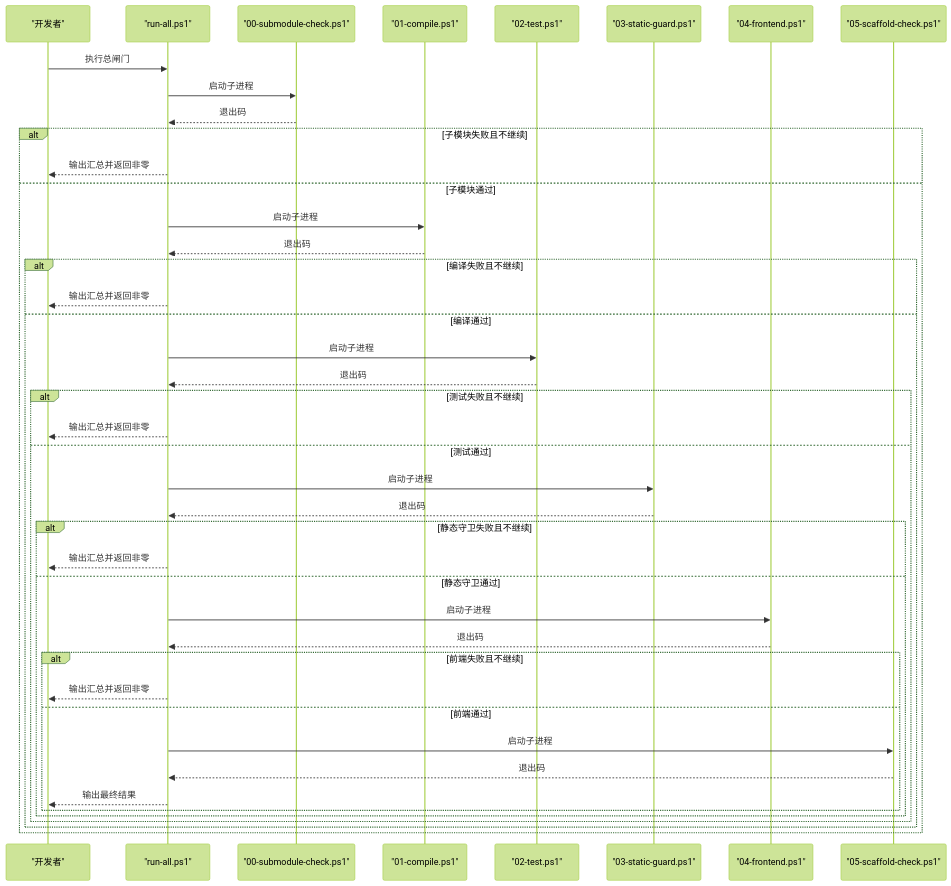
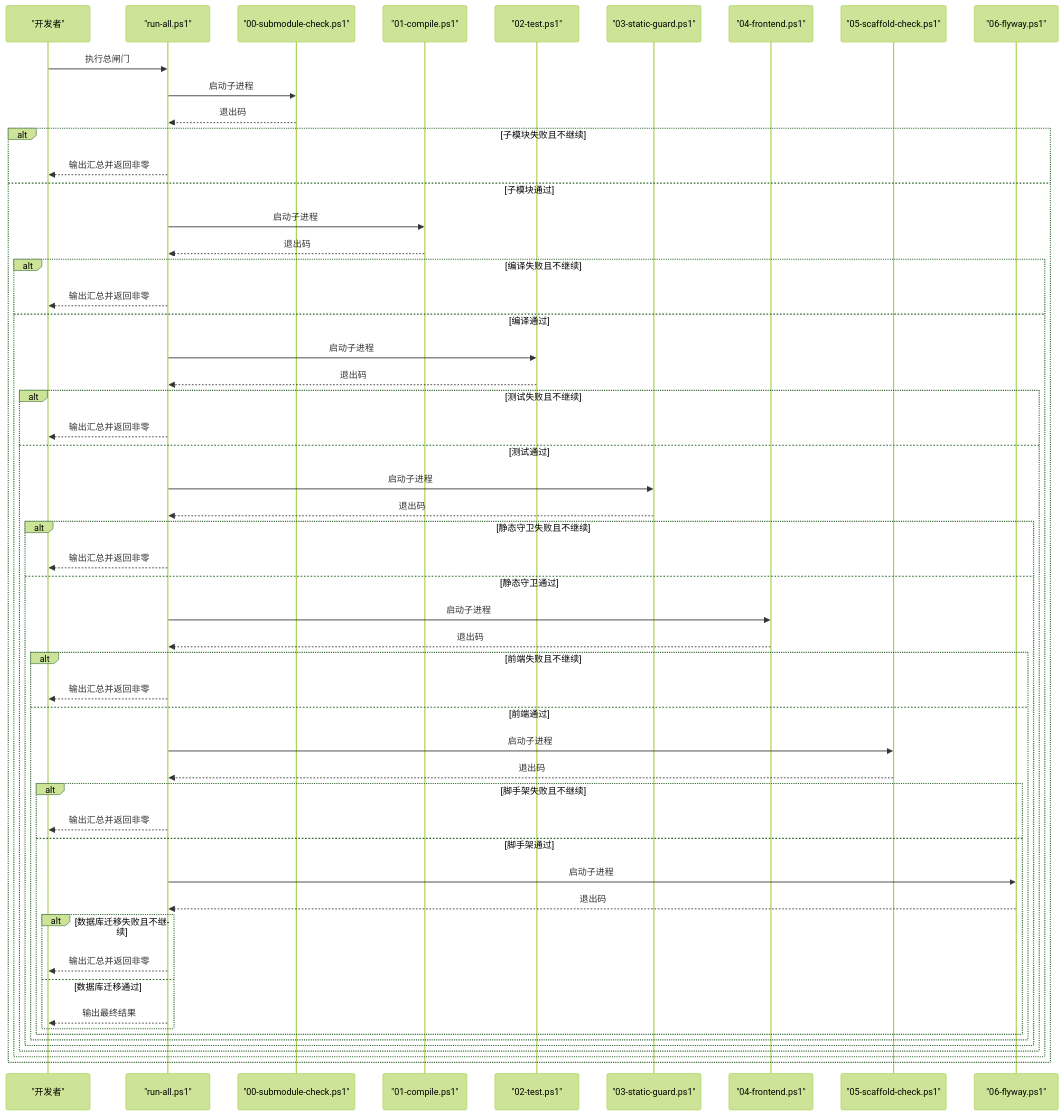
Diagram 12 of 13 in .qoder/repowiki/zh/content/自动化验证/闸门系统概述.md (luyitiger6/my-first-project), drawn with Mermaid (forest theme) before and after one commit. The commit also changed other lines of this file and 38 other files, not shown here.

````diff
--- a/.qoder/repowiki/zh/content/自动化验证/闸门系统概述.md
+++ b/.qoder/repowiki/zh/content/自动化验证/闸门系统概述.md
@@ -367,45 +420,56 @@
 ```mermaid
 sequenceDiagram
 participant Dev as "开发者"
 participant Harness as "run-all.ps1"
 participant Check00 as "00-submodule-check.ps1"
 participant Check01 as "01-compile.ps1"
 participant Check02 as "02-test.ps1"
 participant Check03 as "03-static-guard.ps1"
 participant Check04 as "04-frontend.ps1"
 participant Check05 as "05-scaffold-check.ps1"
+participant Check06 as "06-flyway.ps1"
 Dev->>Harness : 执行总闸门
 Harness->>Check00 : 启动子进程
 Check00-->>Harness : 退出码
 alt 子模块失败且不继续
 Harness-->>Dev : 输出汇总并返回非零
 else 子模块通过
 Harness->>Check01 : 启动子进程
 Check01-->>Harness : 退出码
 alt 编译失败且不继续
 Harness-->>Dev : 输出汇总并返回非零
 else 编译通过
 Harness->>Check02 : 启动子进程
 Check02-->>Harness : 退出码
 alt 测试失败且不继续
 Harness-->>Dev : 输出汇总并返回非零
 else 测试通过
 Harness->>Check03 : 启动子进程
 Check03-->>Harness : 退出码
 alt 静态守卫失败且不继续
 Harness-->>Dev : 输出汇总并返回非零
 else 静态守卫通过
 Harness->>Check04 : 启动子进程
 Check04-->>Harness : 退出码
 alt 前端失败且不继续
 Harness-->>Dev : 输出汇总并返回非零
 else 前端通过
 Harness->>Check05 : 启动子进程
 Check05-->>Harness : 退出码
+alt 脚手架失败且不继续
+Harness-->>Dev : 输出汇总并返回非零
+else 脚手架通过
+Harness->>Check06 : 启动子进程
+Check06-->>Harness : 退出码
+alt 数据库迁移失败且不继续
+Harness-->>Dev : 输出汇总并返回非零
+else 数据库迁移通过
 Harness-->>Dev : 输出最终结果
 end
 end
 end
 end
 end
+end
+end
 ```
````
